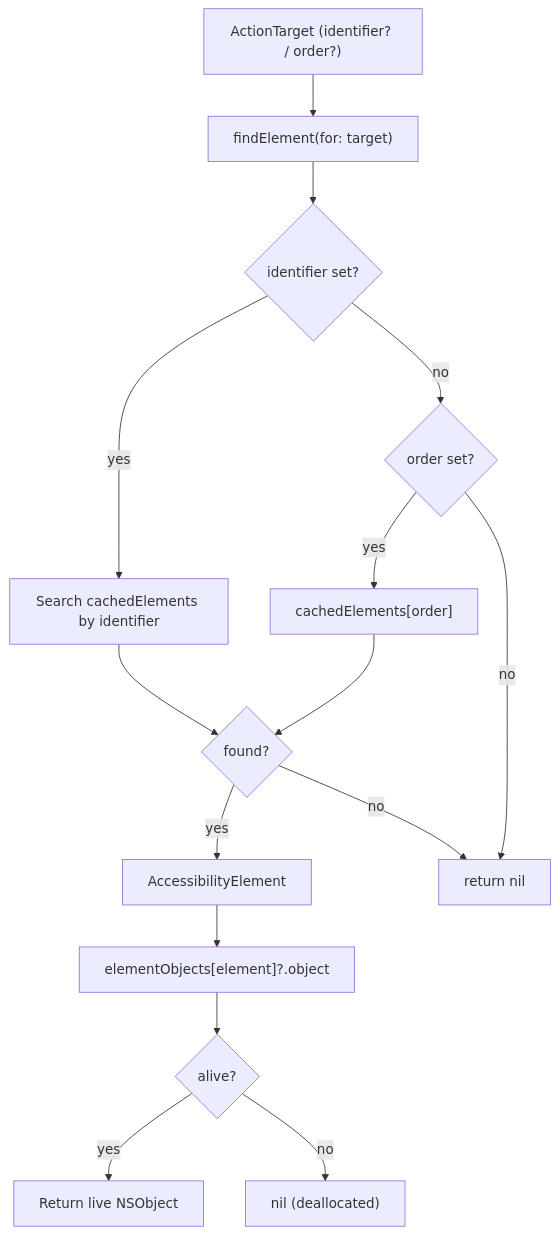
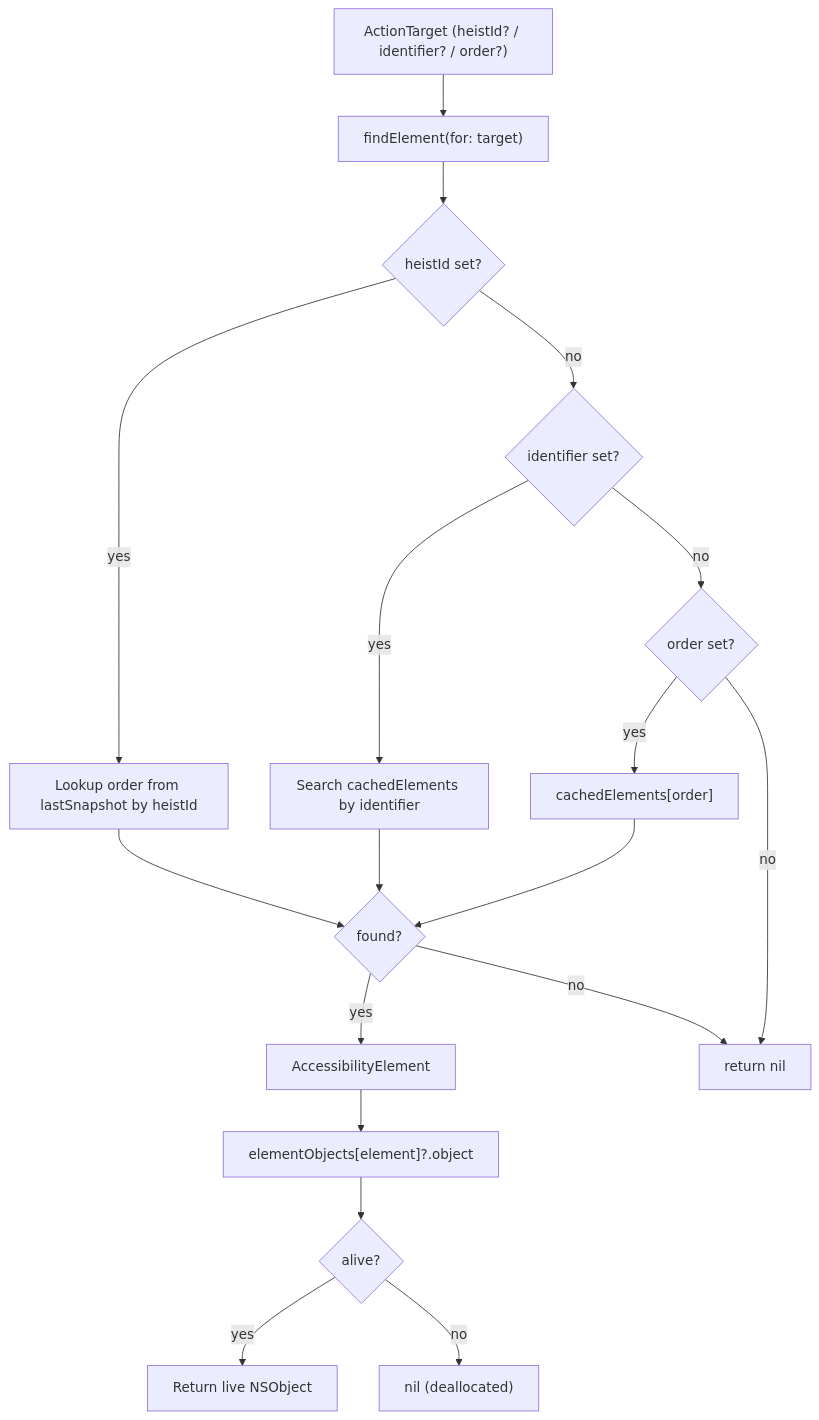
One commit to RoyalPineapple/TheButtonHeist changed the second of 4 diagrams in docs/dossiers/13-THEBAGMAN.md. Above: the diagram before and after it, drawn with Mermaid. The commit also changed other lines of this file and 6 other files, not shown here.

````diff
--- a/docs/dossiers/13-THEBAGMAN.md
+++ b/docs/dossiers/13-THEBAGMAN.md
@@ -74,19 +79,22 @@
 ```mermaid
 flowchart TD
-    Target["ActionTarget (identifier? / order?)"]
+    Target["ActionTarget (heistId? / identifier? / order?)"]
     Target --> FindElem["findElement(for: target)"]
-    FindElem --> ByIdent{identifier set?}
+    FindElem --> ByHeistId{heistId set?}
+    ByHeistId -->|yes| SearchHeistId["Lookup order from lastSnapshot by heistId"]
+    ByHeistId -->|no| ByIdent{identifier set?}
     ByIdent -->|yes| SearchIdent["Search cachedElements by identifier"]
     ByIdent -->|no| ByOrder{order set?}
     ByOrder -->|yes| IndexLookup["cachedElements[order]"]
     ByOrder -->|no| Nil["return nil"]
-    SearchIdent --> Found{found?}
+    SearchHeistId --> Found{found?}
+    SearchIdent --> Found
     IndexLookup --> Found
     Found -->|yes| Element["AccessibilityElement"]
     Found -->|no| Nil
 
     Element --> LiveObj["elementObjects[element]?.object"]
     LiveObj --> Alive{alive?}
     Alive -->|yes| Use["Return live NSObject"]
     Alive -->|no| Stale["nil (deallocated)"]
 ```
````
